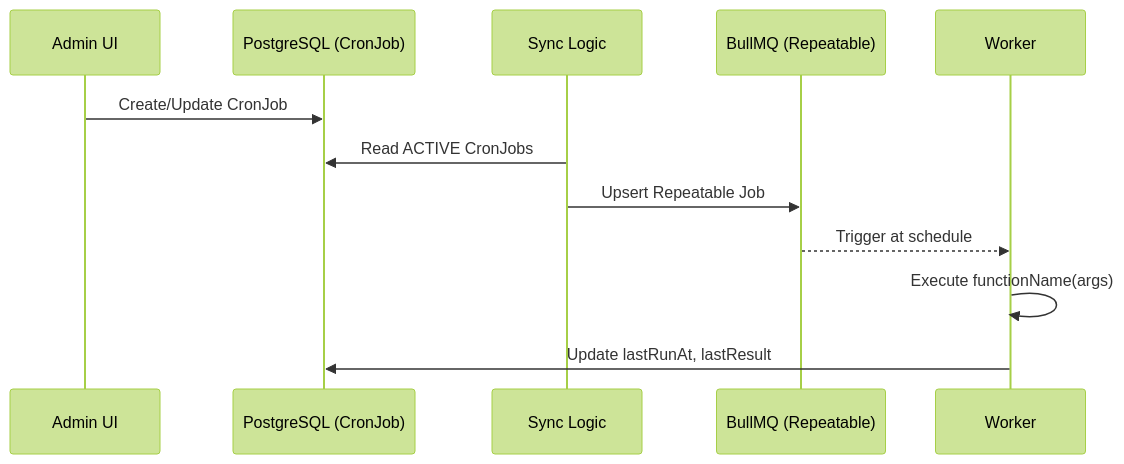
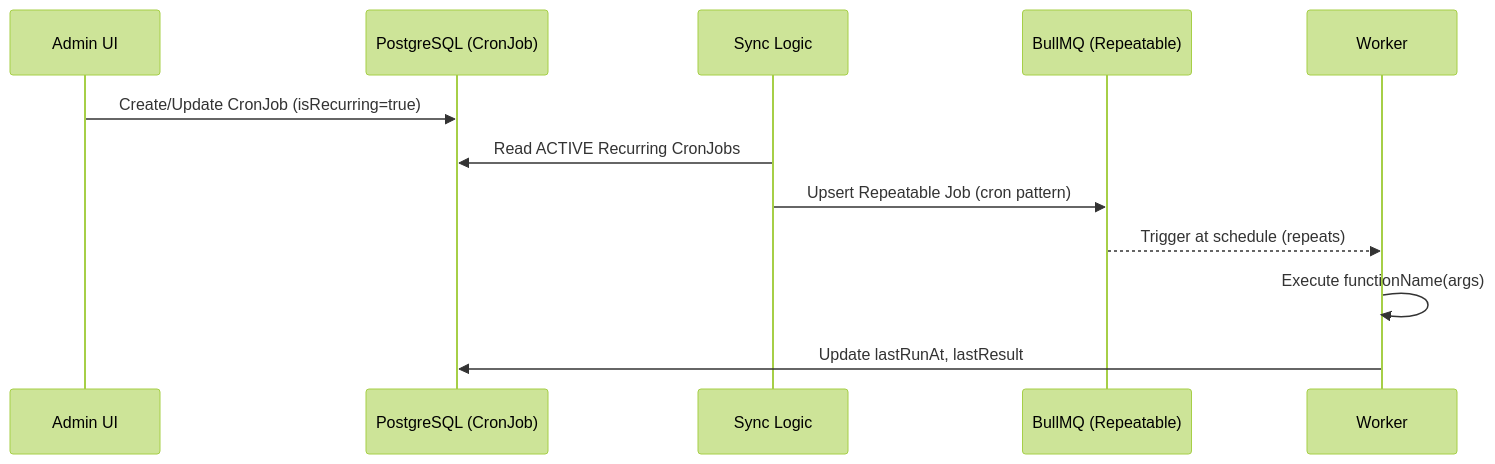
The second of 7 diagrams in docs/architecture/jobs/JOBS.md (Tis1201/data_fs04), drawn with Mermaid (forest theme) before and after one commit. The commit also changed other lines of this file, not shown here.

````diff
--- a/docs/architecture/jobs/JOBS.md
+++ b/docs/architecture/jobs/JOBS.md
@@ -63,15 +69,15 @@
 ```mermaid
 sequenceDiagram
     participant Admin as Admin UI
     participant DB as PostgreSQL (CronJob)
     participant Sync as Sync Logic
     participant Queue as BullMQ (Repeatable)
     participant Worker as Worker
 
-    Admin->>DB: Create/Update CronJob
-    Sync->>DB: Read ACTIVE CronJobs
-    Sync->>Queue: Upsert Repeatable Job
-    Queue-->>Worker: Trigger at schedule
+    Admin->>DB: Create/Update CronJob (isRecurring=true)
+    Sync->>DB: Read ACTIVE Recurring CronJobs
+    Sync->>Queue: Upsert Repeatable Job (cron pattern)
+    Queue-->>Worker: Trigger at schedule (repeats)
     Worker->>Worker: Execute functionName(args)
     Worker->>DB: Update lastRunAt, lastResult
 ```
````
